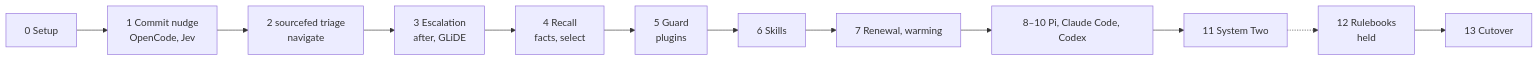
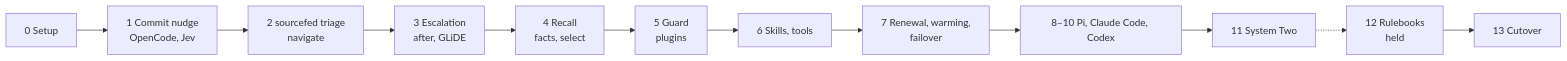
The first of 16 diagrams in docs/plans/pluggability.md (StevenJPx2/chauffeur), drawn with Mermaid before and after one commit. The commit also changed other lines of this file and 23 other files, not shown here.

````diff
--- a/docs/plans/pluggability.md
+++ b/docs/plans/pluggability.md
@@ -51,14 +53,14 @@
 ```mermaid
 flowchart LR
     S0["0 Setup"] --> S1["1 Commit nudge<br/>OpenCode, Jev"]
     S1 --> S2["2 sourcefed triage<br/>navigate"]
     S2 --> S3["3 Escalation<br/>after, GLiDE"]
     S3 --> S4["4 Recall<br/>facts, select"]
     S4 --> S5["5 Guard<br/>plugins"]
-    S5 --> S6["6 Skills"]
-    S6 --> S7["7 Renewal, warming"]
+    S5 --> S6["6 Skills, tools"]
+    S6 --> S7["7 Renewal, warming,<br/>failover"]
     S7 --> S8["8–10 Pi, Claude Code, Codex"]
     S8 --> S11["11 System Two"]
     S11 -.-> S12["12 Rulebooks<br/>held"]
     S12 --> S13["13 Cutover"]
 ```
````
